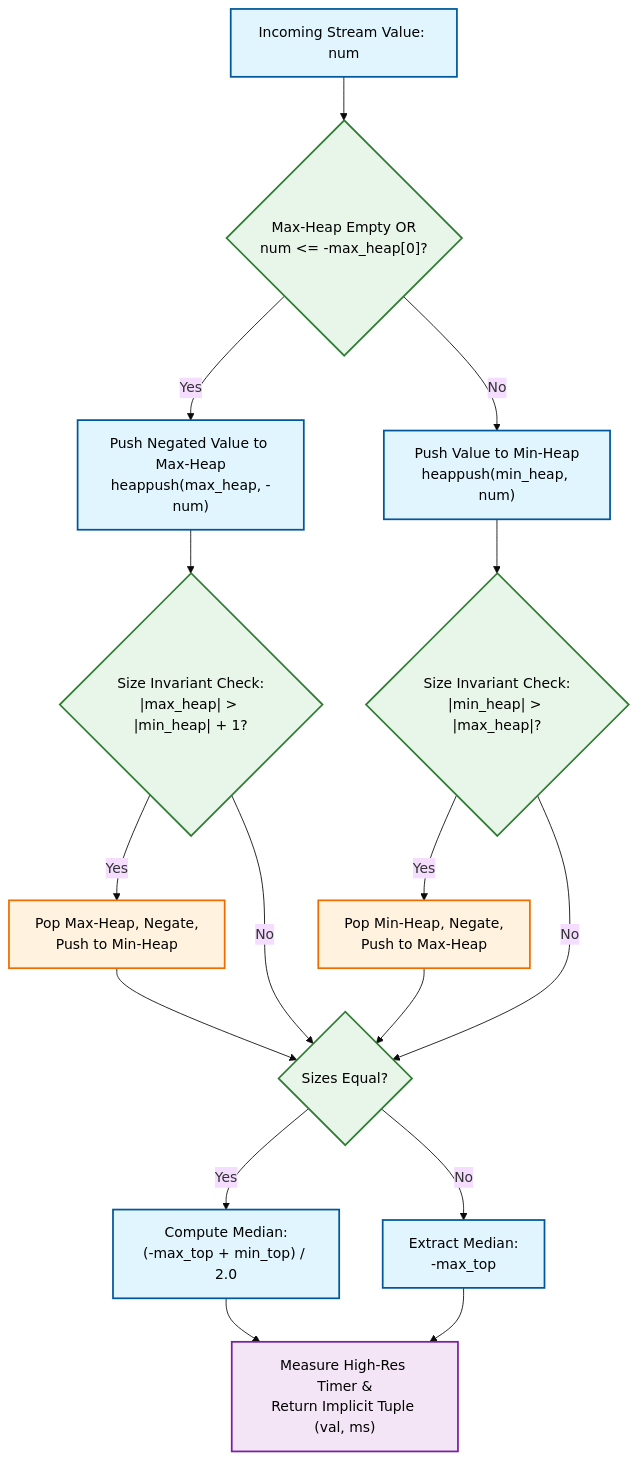
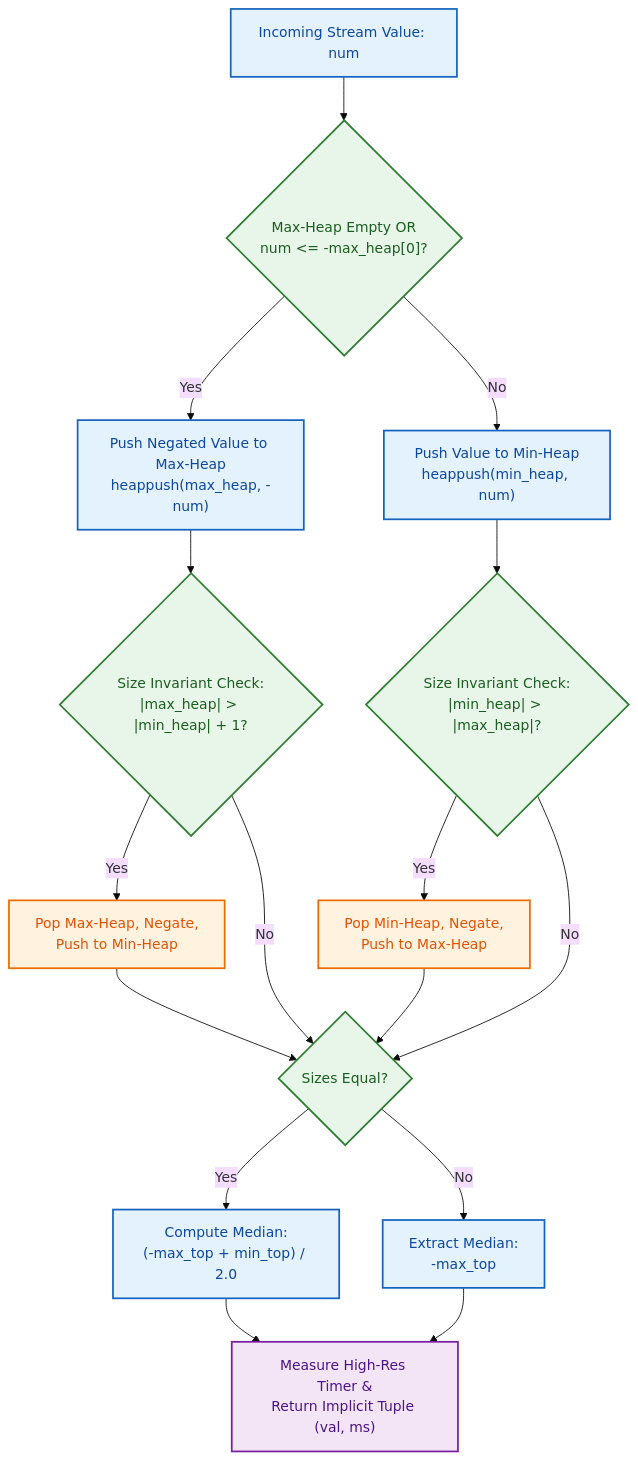
The diagram in python/README.md (nedialko1/Cplus_project), drawn with Mermaid (base theme) before and after one commit.

````diff
--- a/python/README.md
+++ b/python/README.md
@@ -111,29 +111,29 @@
 ```mermaid
 graph TD
-    classDef container fill:#e1f5fe,stroke:#01579b,stroke-width:2px,color:#000;
-    classDef logic fill:#e8f5e9,stroke:#2e7d32,stroke-width:2px,color:#000;
-    classDef rebalance fill:#fff3e0,stroke:#ef6c00,stroke-width:2px,color:#000;
-    classDef returnDomain fill:#f3e5f5,stroke:#7b1fa2,stroke-width:2px,color:#000;
+    classDef container fill:#E3F2FD,stroke:#1565C0,stroke-width:2px,color:#0D47A1;
+    classDef logic fill:#E8F5E9,stroke:#2E7D32,stroke-width:2px,color:#1B5E20;
+    classDef rebalance fill:#FFF3E0,stroke:#EF6C00,stroke-width:2px,color:#E65100;
+    classDef returnDomain fill:#F3E5F5,stroke:#7B1FA2,stroke-width:2px,color:#4A148C;
 
     A["Incoming Stream Value: num"]:::container --> B{"Max-Heap Empty OR<br/>num <= -max_heap[0]?"}:::logic
     
     B -- "Yes" --> C["Push Negated Value to Max-Heap<br/>heappush(max_heap, -num)"]:::container
     B -- "No" --> D["Push Value to Min-Heap<br/>heappush(min_heap, num)"]:::container
     
     C --> E{"Size Invariant Check:<br/>|max_heap| > |min_heap| + 1?"}:::logic
     D --> F{"Size Invariant Check:<br/>|min_heap| > |max_heap|?"}:::logic
     
     E -- "Yes" --> G["Pop Max-Heap, Negate,<br/>Push to Min-Heap"]:::rebalance
     F -- "Yes" --> E2["Pop Min-Heap, Negate,<br/>Push to Max-Heap"]:::rebalance
     
     E -- "No" --> H{"Sizes Equal?"}:::logic
     F -- "No" --> H
     G --> H
     E2 --> H
     
     H -- "Yes" --> I["Compute Median:<br/>(-max_top + min_top) / 2.0"]:::container
     H -- "No" --> J["Extract Median:<br/>-max_top"]:::container
     
     I --> K["Measure High-Res Timer &<br/>Return Implicit Tuple (val, ms)"]:::returnDomain
     J --> K
 ```    
````
